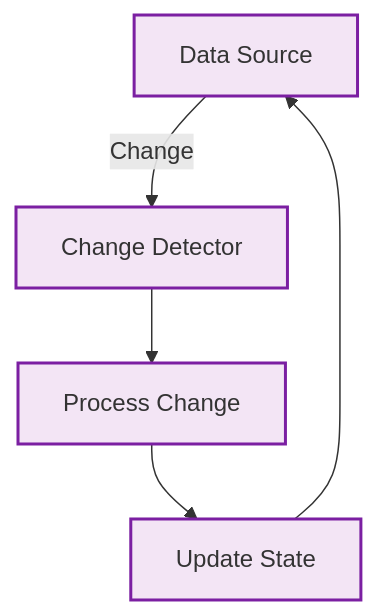
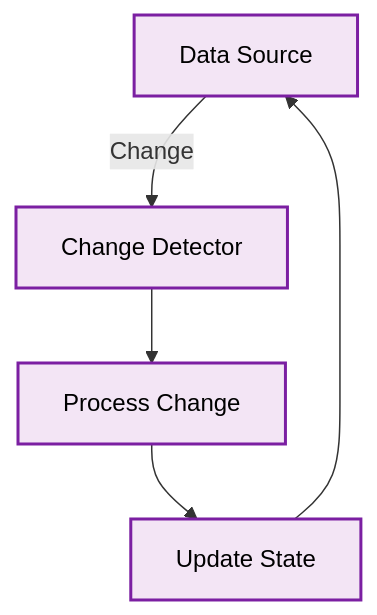
Before and after one commit to aitoroses/floxide: the seventh of 9 diagrams in README.md, drawn with Mermaid. The commit also changed other lines of this file, not shown here.

First line of the commit message:
🦀 Improve Mermaid Diagram Readability in README

````diff
--- a/README.md
+++ b/README.md
@@ -233,11 +233,11 @@
 ```mermaid
 graph TD
     A["Data Source"] -->|Change| B["Change Detector"]
     B --> C["Process Change"]
     C --> D["Update State"]
     D --> A
-    style A fill:#f3e5f5,stroke:#7b1fa2,stroke-width:2px
-    style B fill:#f3e5f5,stroke:#7b1fa2,stroke-width:2px
-    style C fill:#f3e5f5,stroke:#7b1fa2,stroke-width:2px
-    style D fill:#f3e5f5,stroke:#7b1fa2,stroke-width:2px
+    style A fill:#f3e5f5,stroke:#7b1fa2,stroke-width:2px,color:black
+    style B fill:#f3e5f5,stroke:#7b1fa2,stroke-width:2px,color:black
+    style C fill:#f3e5f5,stroke:#7b1fa2,stroke-width:2px,color:black
+    style D fill:#f3e5f5,stroke:#7b1fa2,stroke-width:2px,color:black
 ```
````
